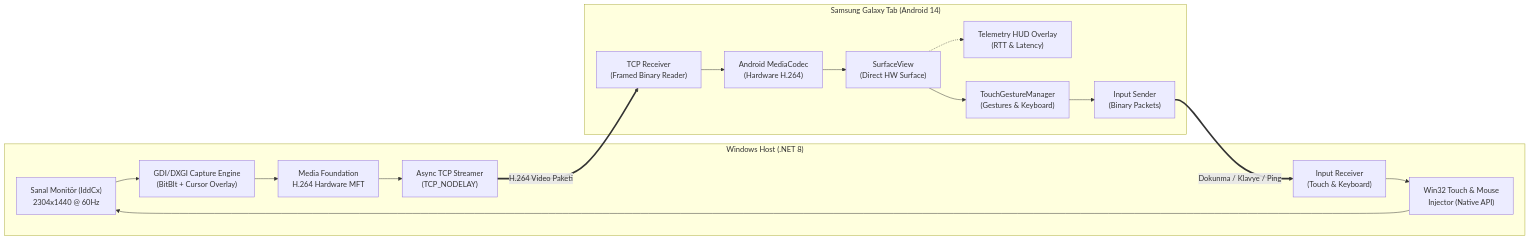
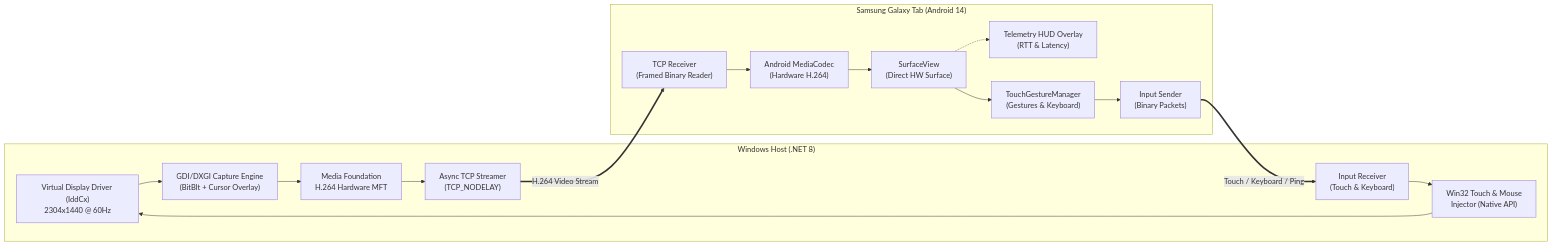
Before and after one commit to skyfall3215/areas: the diagram in README.md, drawn with Mermaid. The commit also changed other lines of this file, not shown here.

````diff
--- a/README.md
+++ b/README.md
@@ -60,30 +61,30 @@
 ```mermaid
 flowchart LR
     subgraph PC ["Windows Host (.NET 8)"]
-        VDD["Sanal Monitör (IddCx)\n2304x1440 @ 60Hz"]
+        VDD["Virtual Display Driver (IddCx)\n2304x1440 @ 60Hz"]
         CAP["GDI/DXGI Capture Engine\n(BitBlt + Cursor Overlay)"]
         ENC["Media Foundation\nH.264 Hardware MFT"]
         NET_TX["Async TCP Streamer\n(TCP_NODELAY)"]
         INP_RX["Input Receiver\n(Touch & Keyboard)"]
         WIN32_INJ["Win32 Touch & Mouse\nInjector (Native API)"]
         
         VDD --> CAP --> ENC --> NET_TX
         INP_RX --> WIN32_INJ --> VDD
     end
 
     subgraph Tablet ["Samsung Galaxy Tab (Android 14)"]
         NET_RX["TCP Receiver\n(Framed Binary Reader)"]
         DEC["Android MediaCodec\n(Hardware H.264)"]
         SURF["SurfaceView\n(Direct HW Surface)"]
         HUD["Telemetry HUD Overlay\n(RTT & Latency)"]
         TOUCH_MGR["TouchGestureManager\n(Gestures & Keyboard)"]
         NET_TX_C["Input Sender\n(Binary Packets)"]
         
         NET_RX --> DEC --> SURF
         SURF -.-> HUD
         SURF --> TOUCH_MGR --> NET_TX_C
     end
 
-    NET_TX ==>|H.264 Video Paketi| NET_RX
-    NET_TX_C ==>|Dokunma / Klavye / Ping| INP_RX
+    NET_TX ==>|H.264 Video Stream| NET_RX
+    NET_TX_C ==>|Touch / Keyboard / Ping| INP_RX
 ```
````
